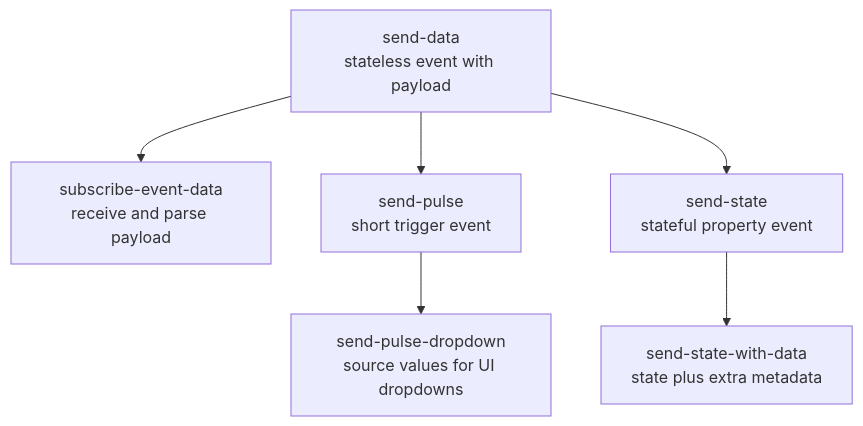
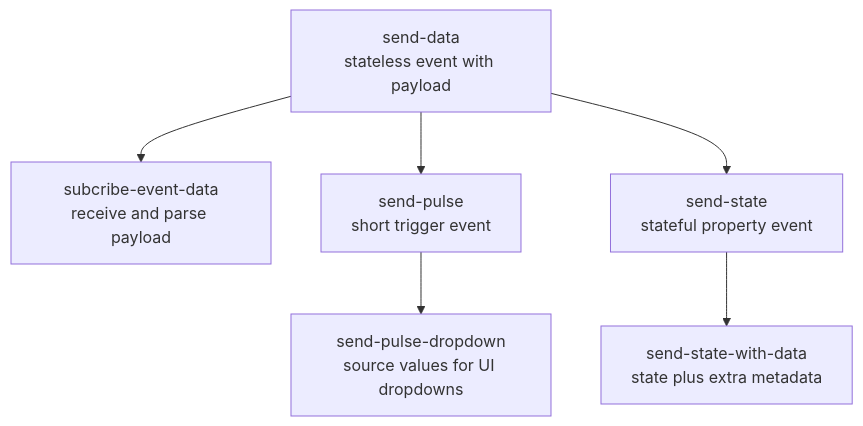
One commit to losamtz/axis-acap-tip-workshop-exercises changed the first of 2 diagrams in event/README.md. Above: the diagram before and after it, drawn with Mermaid. The commit also changed other lines of this file and 32 other files, not shown here.

````diff
--- a/event/README.md
+++ b/event/README.md
@@ -10,8 +10,8 @@
 ```mermaid
 flowchart TD
-    A[send-data<br/>stateless event with payload] --> B[subscribe-event-data<br/>receive and parse payload]
+    A[send-data<br/>stateless event with payload] --> B[subcribe-event-data<br/>receive and parse payload]
     A --> C[send-pulse<br/>short trigger event]
     C --> D[send-pulse-dropdown<br/>source values for UI dropdowns]
     A --> E[send-state<br/>stateful property event]
     E --> F[send-state-with-data<br/>state plus extra metadata]
 ```
````
